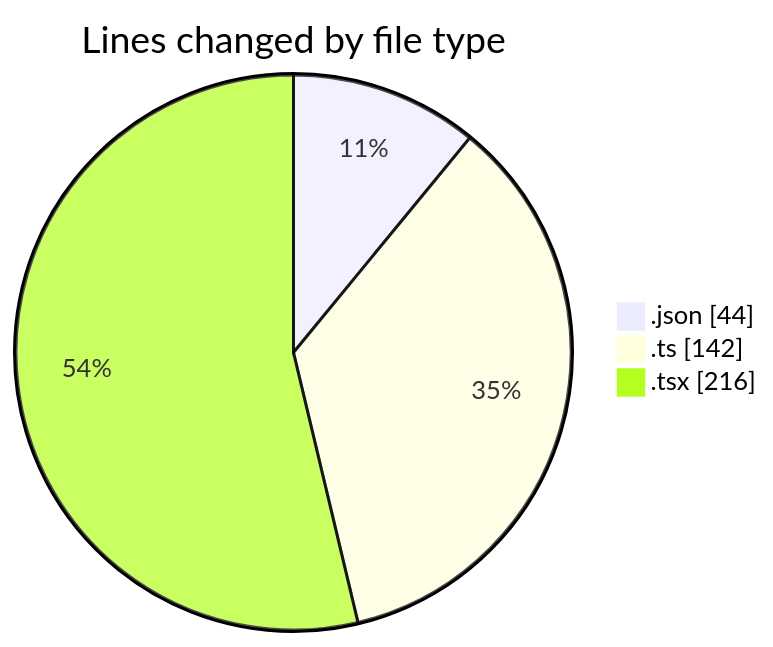
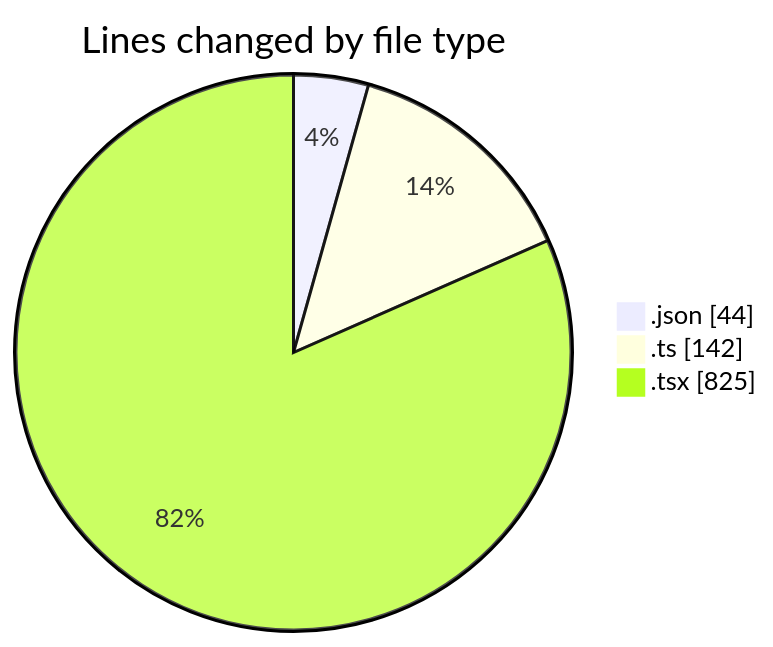
The first of 2 diagrams in 2025-10-24/eventscop-frontend-guide__workspace_/README.md (julien-gomy/code-tracking), drawn with Mermaid before and after one commit. The commit also changed other lines of this file and 1 other file, not shown here.

````diff
--- a/2025-10-24/eventscop-frontend-guide__workspace_/README.md
+++ b/2025-10-24/eventscop-frontend-guide__workspace_/README.md
@@ -24,7 +26,7 @@
 ```mermaid
 pie showData
 title Lines changed by file type
 ".json" : 44
 ".ts" : 142
-".tsx" : 216
+".tsx" : 825
 ```
````
